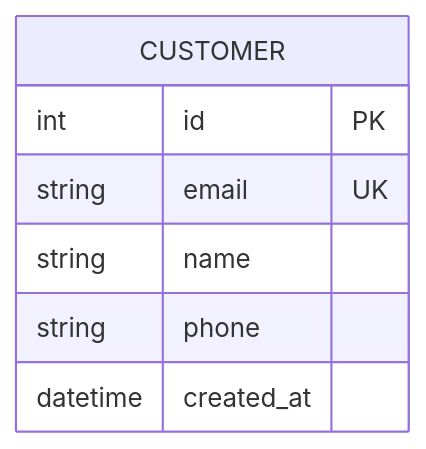
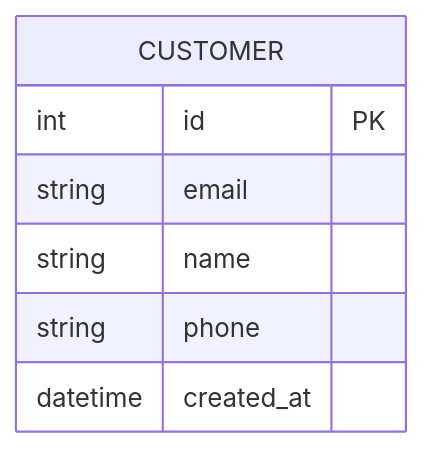
Before and after one commit to Aniket-a14/SRA: the third of 13 diagrams in .agent/skills/mermaid-diagrams/references/erd-diagrams.md, drawn with Mermaid. The commit also changed other lines of this file and 18 other files, not shown here.

Commit message:
feat: Implement IEEE 830-1998 SRS generation with AI agents, dynamic settings, and Mermaid diagram support.

````diff
--- a/.agent/skills/mermaid-diagrams/references/erd-diagrams.md
+++ b/.agent/skills/mermaid-diagrams/references/erd-diagrams.md
@@ -25,10 +25,10 @@
 ```mermaid
 erDiagram
     CUSTOMER {
         int id PK
-        string email UK
+        string email
         string name
         string phone
         datetime created_at
     }
 ```
````
